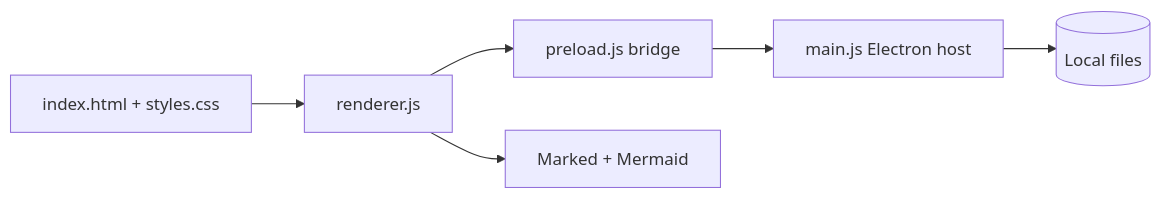
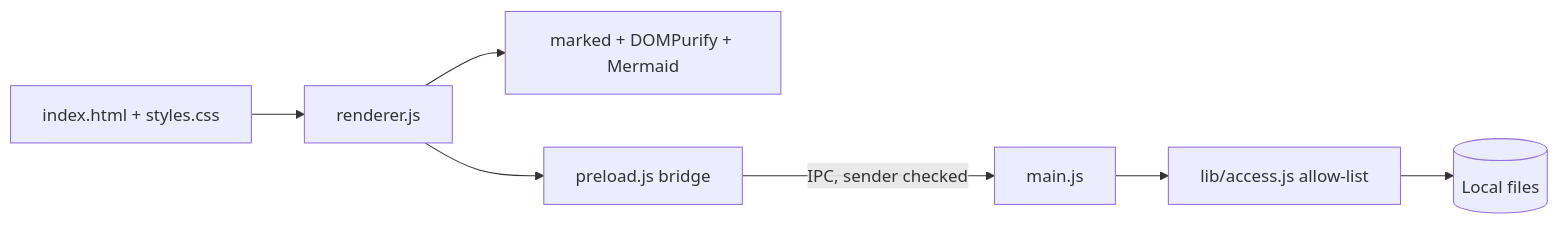
Before and after one commit to boss477/writer-windows: the diagram in ARCHITECTURE.md, drawn with Mermaid. The commit also changed other lines of this file and 16 other files, not shown here.

````diff
--- a/ARCHITECTURE.md
+++ b/ARCHITECTURE.md
@@ -5,8 +6,9 @@
 ```mermaid
 flowchart LR
   UI[index.html + styles.css] --> R[renderer.js]
+  R --> MD[marked + DOMPurify + Mermaid]
   R --> P[preload.js bridge]
-  P --> M[main.js Electron host]
-  M --> FS[(Local files)]
-  R --> MD[Marked + Mermaid]
+  P -->|IPC, sender checked| M[main.js]
+  M --> A[lib/access.js allow-list]
+  A --> FS[(Local files)]
 ```
````
